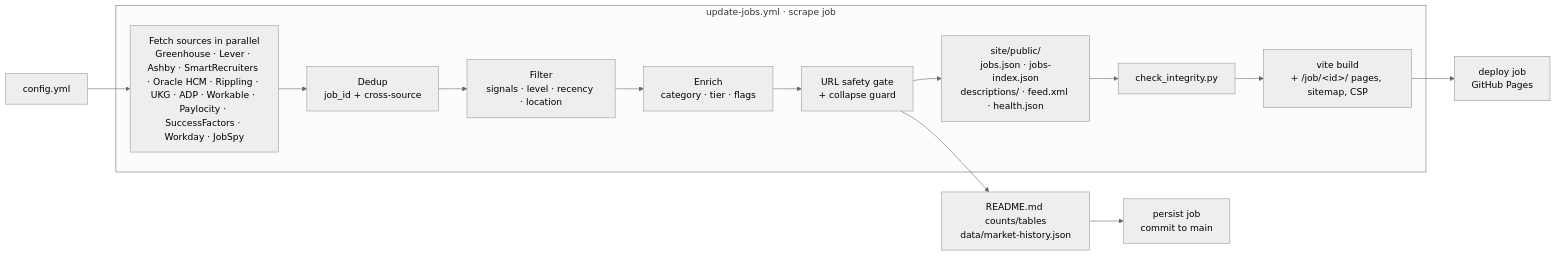
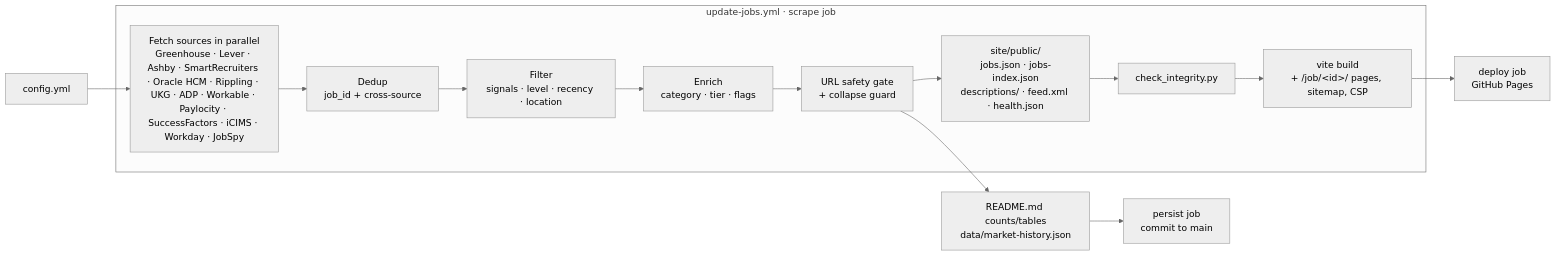
Before and after one commit to ambicuity/New-Grad-Jobs: the diagram in docs/architecture.md, drawn with Mermaid (neutral theme). The commit also changed other lines of this file and 20 other files, not shown here.

First line of the commit message:
feat(sources): add an iCIMS source for iCIMS career sites with 6 employers (#424)

````diff
--- a/docs/architecture.md
+++ b/docs/architecture.md
@@ -9,16 +9,16 @@
 ```mermaid
 flowchart LR
     cfg[config.yml] --> fetch
     subgraph scrape["update-jobs.yml · scrape job"]
-        fetch["Fetch sources in parallel<br/>Greenhouse · Lever · Ashby · SmartRecruiters · Oracle HCM · Rippling · UKG · ADP · Workable · Paylocity · SuccessFactors · Workday · JobSpy"] --> dedup[Dedup<br/>job_id + cross-source]
+        fetch["Fetch sources in parallel<br/>Greenhouse · Lever · Ashby · SmartRecruiters · Oracle HCM · Rippling · UKG · ADP · Workable · Paylocity · SuccessFactors · iCIMS · Workday · JobSpy"] --> dedup[Dedup<br/>job_id + cross-source]
         dedup --> filter[Filter<br/>signals · level · recency · location]
         filter --> enrich[Enrich<br/>category · tier · flags]
         enrich --> gate[URL safety gate<br/>+ collapse guard]
         gate --> out["site/public/<br/>jobs.json · jobs-index.json<br/>descriptions/ · feed.xml · health.json"]
         out --> check[check_integrity.py]
         check --> build["vite build<br/>+ /job/&lt;id&gt;/ pages, sitemap, CSP"]
     end
     build --> deploy[deploy job<br/>GitHub Pages]
     gate --> state[README.md counts/tables<br/>data/market-history.json]
     state --> persist[persist job<br/>commit to main]
 ```
````
